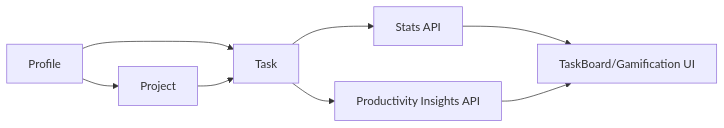
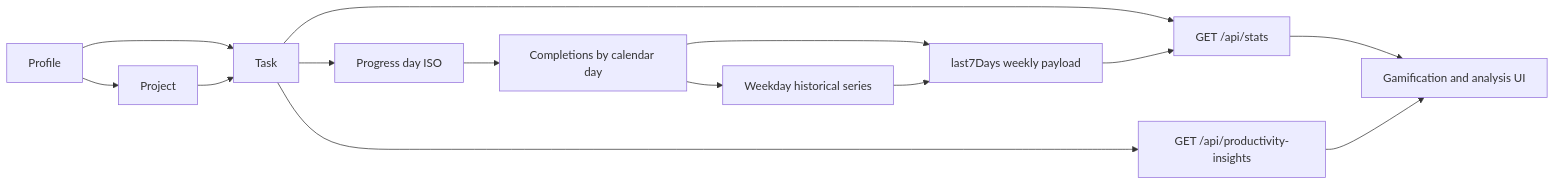
One commit to RifqiMT/focista-schedulo changed the diagram in docs/VARIABLES.md. Above: the diagram before and after it, drawn with Mermaid. The commit also changed other lines of this file and 26 other files, not shown here.

````diff
--- a/docs/VARIABLES.md
+++ b/docs/VARIABLES.md
@@ -12,17 +12,27 @@
 ```mermaid
 flowchart LR
   Profile[Profile]
   Project[Project]
   Task[Task]
-  Stats[Stats API]
-  Insights[Productivity Insights API]
-  UI[TaskBoard/Gamification UI]
+  PD[Progress day ISO]
+  CBD[Completions by calendar day]
+  WTS[Weekday historical series]
+  L7[last7Days weekly payload]
+  Stats[GET /api/stats]
+  Insights[GET /api/productivity-insights]
+  UI[Gamification and analysis UI]
 
   Profile --> Project
   Profile --> Task
   Project --> Task
+  Task --> PD
+  PD --> CBD
+  CBD --> WTS
+  CBD --> L7
+  WTS --> L7
   Task --> Stats
+  L7 --> Stats
+  Stats --> UI
   Task --> Insights
-  Stats --> UI
   Insights --> UI
 ```
````
